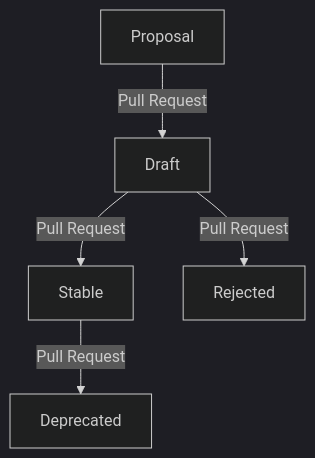
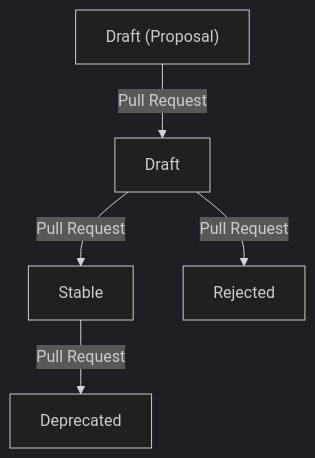
Before and after one commit to SovereignCloudStack/standards: the diagram in Standards/scs-0001-v1-sovereign-cloud-standards.md, drawn with Mermaid (dark theme). The commit also changed other lines of this file, not shown here.

````diff
--- a/Standards/scs-0001-v1-sovereign-cloud-standards.md
+++ b/Standards/scs-0001-v1-sovereign-cloud-standards.md
@@ -172,7 +172,7 @@
 ```mermaid
 graph TD
-    A[Proposal] -->|Pull Request| B[Draft]
+    A["Draft (Proposal)"] -->|Pull Request| B[Draft]
     B -->|Pull Request| D[Stable]
     B -->|Pull Request| E[Rejected]
     D -->|Pull Request| F[Deprecated]
 ```
````
